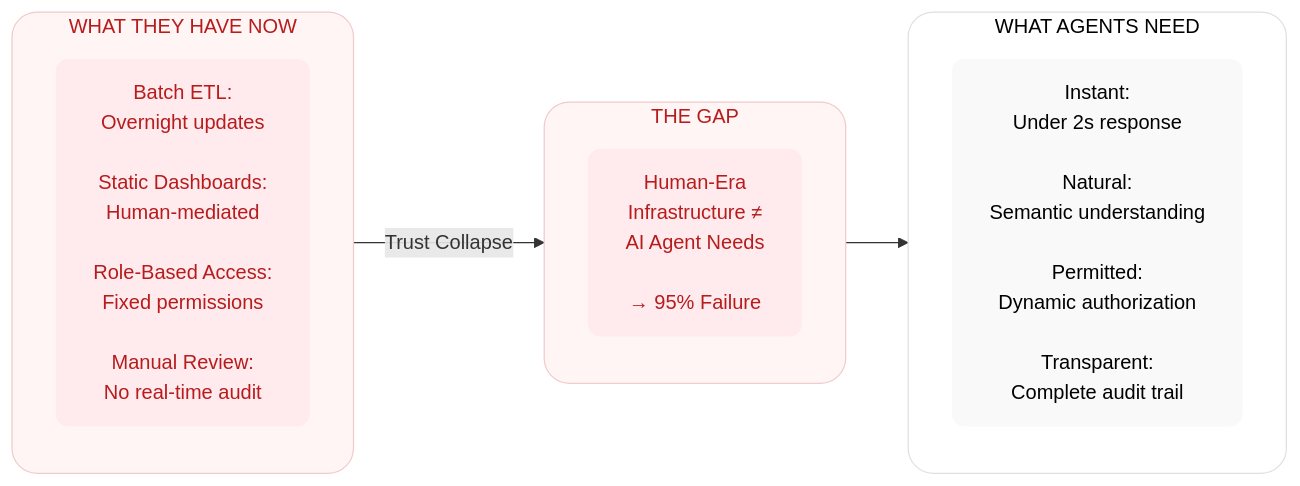
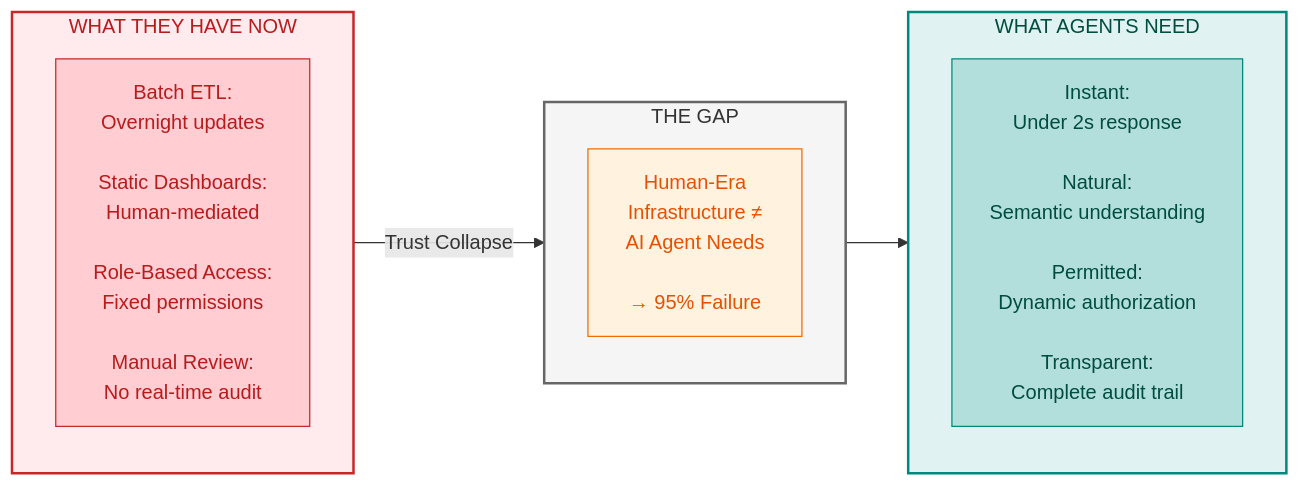
One commit to saitejesh-cyber/trust-before-intelligence-book changed the first of 6 diagrams in manuscript/02_chapter_1_why_agents_fail.md. Above: the diagram before and after it, drawn with Mermaid. The commit also changed other lines of this file and 12 other files, not shown here.

Commit message:
Restore legacy Mermaid styles for Option 1

````diff
--- a/manuscript/02_chapter_1_why_agents_fail.md
+++ b/manuscript/02_chapter_1_why_agents_fail.md
@@ -56,28 +56,29 @@
 ```mermaid
 
 graph LR
     subgraph BUILT["WHAT THEY HAVE NOW"]
         direction TB
         B1["Batch ETL:<br/>Overnight updates<br/><br/>Static Dashboards:<br/>Human-mediated<br/><br/>Role-Based Access:<br/>Fixed permissions<br/><br/>Manual Review:<br/>No real-time audit"]
     end
     
     subgraph GAP["THE GAP"]
         direction TB
         G1["Human-Era<br/>Infrastructure ≠<br/>AI Agent Needs<br/><br/>→ 95% Failure"]
     end
     
     subgraph NEED["WHAT AGENTS NEED"]
         direction TB
         N1["Instant:<br/>Under 2s response<br/><br/>Natural:<br/>Semantic understanding<br/><br/>Permitted:<br/>Dynamic authorization<br/><br/>Transparent:<br/>Complete audit trail"]
     end
     
     BUILT -->|"Trust Collapse"| GAP --> NEED
     
-    style BUILT fill:#fff5f5,stroke:#f2caca,stroke-width:1px,color:#b71c1c,rx:20,ry:20
-    style B1 fill:#ffebee,stroke:none,color:#b71c1c,rx:10,ry:10
-    style GAP fill:#fff5f5,stroke:#f2caca,stroke-width:1px,color:#b71c1c,rx:20,ry:20
-    style G1 fill:#ffebee,stroke:none,color:#b71c1c,rx:10,ry:10
-    style NEED fill:#ffffff,stroke:#e0e0e0,stroke-width:1px,color:#000000,rx:20,ry:20
-    style N1 fill:#f9f9f9,stroke:none,color:#000000,rx:10,ry:10
+    style BUILT fill:#ffebee,stroke:#c62828,stroke-width:2px,color:#b71c1c
+    style GAP fill:#f5f5f5,stroke:#666666,stroke-width:2px,color:#333333
+    style NEED fill:#e0f2f1,stroke:#00897b,stroke-width:2px,color:#004d40
+    style B1 fill:#ffcdd2,stroke:#c62828,color:#b71c1c
+    style G1 fill:#fff3e0,stroke:#ef6c00,color:#e65100
+    style N1 fill:#b2dfdb,stroke:#00897b,color:#004d40
+    
 
 ```
````
